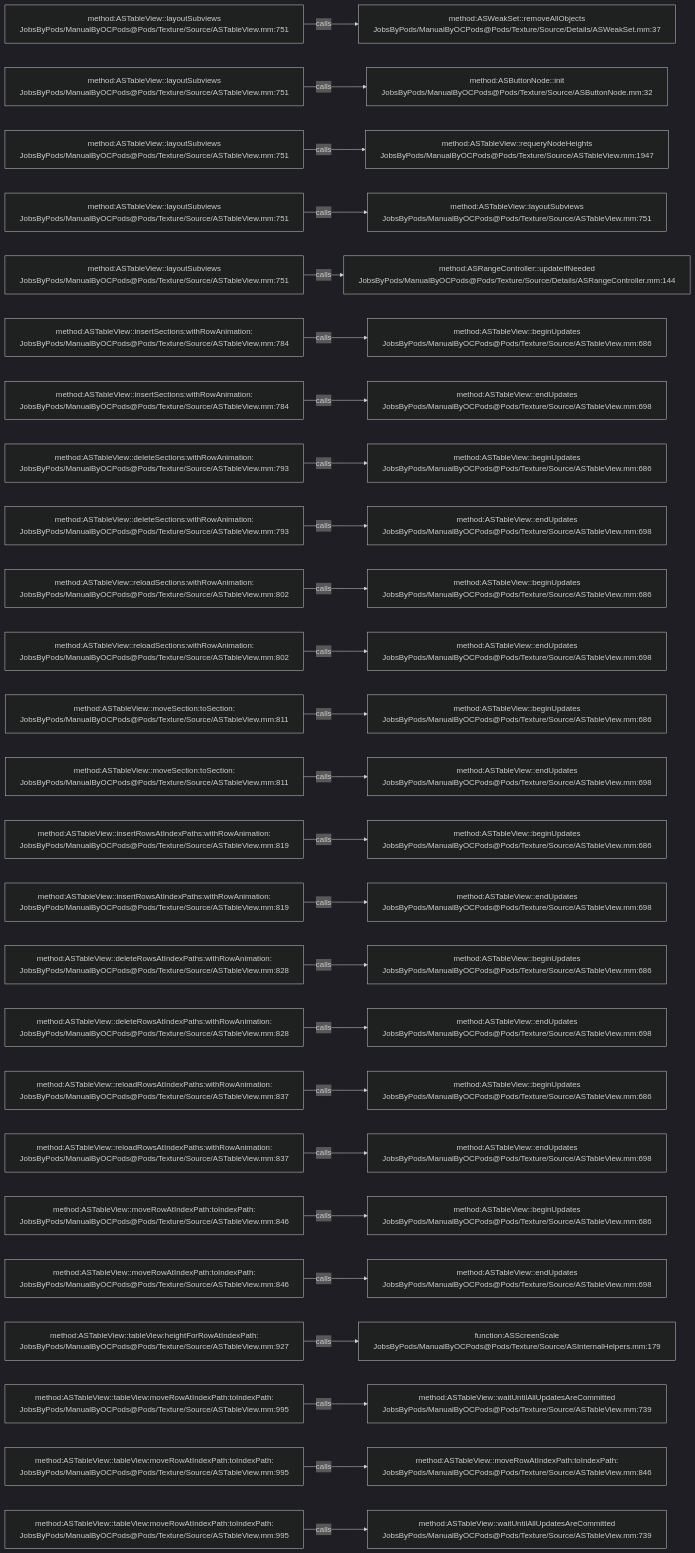
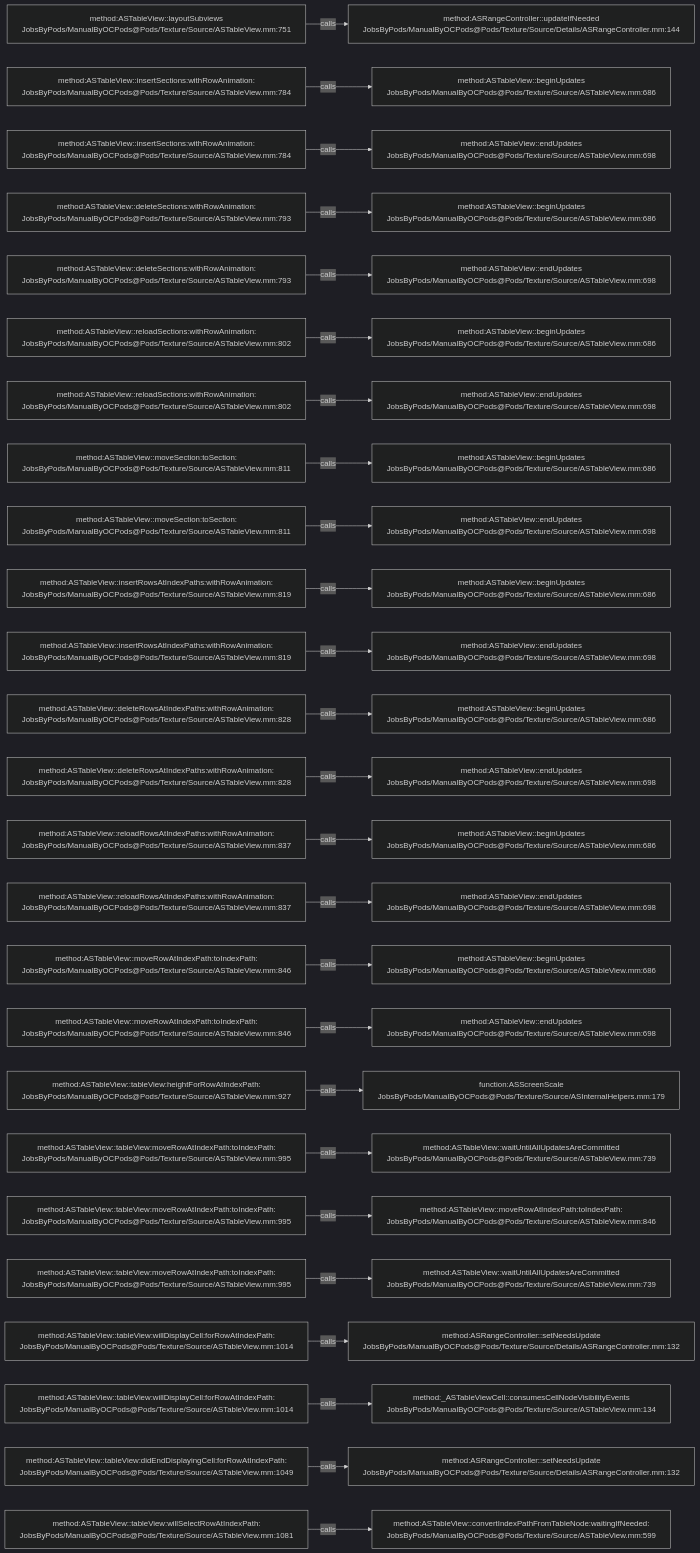
One commit to JobsKits/JobsOCBaseConfigDemo changed the diagram in .codegraph/codegraph.md/graphs/calls-126.md. Above: the diagram before and after it, drawn with Mermaid (dark theme). The commit also changed 727 other files, not shown here.

````diff
--- a/.codegraph/codegraph.md/graphs/calls-126.md
+++ b/.codegraph/codegraph.md/graphs/calls-126.md
@@ -13,78 +13,78 @@
 ```mermaid
 flowchart LR
   S1["method:ASTableView::layoutSubviews<br/>JobsByPods/ManualByOCPods@Pods/Texture/Source/ASTableView.mm:751"]
-  T1["method:ASWeakSet::removeAllObjects<br/>JobsByPods/ManualByOCPods@Pods/Texture/Source/Details/ASWeakSet.mm:37"]
+  T1["method:ASRangeController::updateIfNeeded<br/>JobsByPods/ManualByOCPods@Pods/Texture/Source/Details/ASRangeController.mm:144"]
   S1 -->|calls| T1
-  S2["method:ASTableView::layoutSubviews<br/>JobsByPods/ManualByOCPods@Pods/Texture/Source/ASTableView.mm:751"]
-  T2["method:ASButtonNode::init<br/>JobsByPods/ManualByOCPods@Pods/Texture/Source/ASButtonNode.mm:32"]
+  S2["method:ASTableView::insertSections:withRowAnimation:<br/>JobsByPods/ManualByOCPods@Pods/Texture/Source/ASTableView.mm:784"]
+  T2["method:ASTableView::beginUpdates<br/>JobsByPods/ManualByOCPods@Pods/Texture/Source/ASTableView.mm:686"]
   S2 -->|calls| T2
-  S3["method:ASTableView::layoutSubviews<br/>JobsByPods/ManualByOCPods@Pods/Texture/Source/ASTableView.mm:751"]
-  T3["method:ASTableView::requeryNodeHeights<br/>JobsByPods/ManualByOCPods@Pods/Texture/Source/ASTableView.mm:1947"]
+  S3["method:ASTableView::insertSections:withRowAnimation:<br/>JobsByPods/ManualByOCPods@Pods/Texture/Source/ASTableView.mm:784"]
+  T3["method:ASTableView::endUpdates<br/>JobsByPods/ManualByOCPods@Pods/Texture/Source/ASTableView.mm:698"]
   S3 -->|calls| T3
-  S4["method:ASTableView::layoutSubviews<br/>JobsByPods/ManualByOCPods@Pods/Texture/Source/ASTableView.mm:751"]
-  T4["method:ASTableView::layoutSubviews<br/>JobsByPods/ManualByOCPods@Pods/Texture/Source/ASTableView.mm:751"]
+  S4["method:ASTableView::deleteSections:withRowAnimation:<br/>JobsByPods/ManualByOCPods@Pods/Texture/Source/ASTableView.mm:793"]
+  T4["method:ASTableView::beginUpdates<br/>JobsByPods/ManualByOCPods@Pods/Texture/Source/ASTableView.mm:686"]
   S4 -->|calls| T4
-  S5["method:ASTableView::layoutSubviews<br/>JobsByPods/ManualByOCPods@Pods/Texture/Source/ASTableView.mm:751"]
-  T5["method:ASRangeController::updateIfNeeded<br/>JobsByPods/ManualByOCPods@Pods/Texture/Source/Details/ASRangeController.mm:144"]
+  S5["method:ASTableView::deleteSections:withRowAnimation:<br/>JobsByPods/ManualByOCPods@Pods/Texture/Source/ASTableView.mm:793"]
+  T5["method:ASTableView::endUpdates<br/>JobsByPods/ManualByOCPods@Pods/Texture/Source/ASTableView.mm:698"]
   S5 -->|calls| T5
-  S6["method:ASTableView::insertSections:withRowAnimation:<br/>JobsByPods/ManualByOCPods@Pods/Texture/Source/ASTableView.mm:784"]
+  S6["method:ASTableView::reloadSections:withRowAnimation:<br/>JobsByPods/ManualByOCPods@Pods/Texture/Source/ASTableView.mm:802"]
   T6["method:ASTableView::beginUpdates<br/>JobsByPods/ManualByOCPods@Pods/Texture/Source/ASTableView.mm:686"]
   S6 -->|calls| T6
-  S7["method:ASTableView::insertSections:withRowAnimation:<br/>JobsByPods/ManualByOCPods@Pods/Texture/Source/ASTableView.mm:784"]
+  S7["method:ASTableView::reloadSections:withRowAnimation:<br/>JobsByPods/ManualByOCPods@Pods/Texture/Source/ASTableView.mm:802"]
   T7["method:ASTableView::endUpdates<br/>JobsByPods/ManualByOCPods@Pods/Texture/Source/ASTableView.mm:698"]
   S7 -->|calls| T7
-  S8["method:ASTableView::deleteSections:withRowAnimation:<br/>JobsByPods/ManualByOCPods@Pods/Texture/Source/ASTableView.mm:793"]
+  S8["method:ASTableView::moveSection:toSection:<br/>JobsByPods/ManualByOCPods@Pods/Texture/Source/ASTableView.mm:811"]
   T8["method:ASTableView::beginUpdates<br/>JobsByPods/ManualByOCPods@Pods/Texture/Source/ASTableView.mm:686"]
   S8 -->|calls| T8
-  S9["method:ASTableView::deleteSections:withRowAnimation:<br/>JobsByPods/ManualByOCPods@Pods/Texture/Source/ASTableView.mm:793"]
+  S9["method:ASTableView::moveSection:toSection:<br/>JobsByPods/ManualByOCPods@Pods/Texture/Source/ASTableView.mm:811"]
   T9["method:ASTableView::endUpdates<br/>JobsByPods/ManualByOCPods@Pods/Texture/Source/ASTableView.mm:698"]
   S9 -->|calls| T9
-  S10["method:ASTableView::reloadSections:withRowAnimation:<br/>JobsByPods/ManualByOCPods@Pods/Texture/Source/ASTableView.mm:802"]
+  S10["method:ASTableView::insertRowsAtIndexPaths:withRowAnimation:<br/>JobsByPods/ManualByOCPods@Pods/Texture/Source/ASTableView.mm:819"]
   T10["method:ASTableView::beginUpdates<br/>JobsByPods/ManualByOCPods@Pods/Texture/Source/ASTableView.mm:686"]
   S10 -->|calls| T10
-  S11["method:ASTableView::reloadSections:withRowAnimation:<br/>JobsByPods/ManualByOCPods@Pods/Texture/Source/ASTableView.mm:802"]
+  S11["method:ASTableView::insertRowsAtIndexPaths:withRowAnimation:<br/>JobsByPods/ManualByOCPods@Pods/Texture/Source/ASTableView.mm:819"]
   T11["method:ASTableView::endUpdates<br/>JobsByPods/ManualByOCPods@Pods/Texture/Source/ASTableView.mm:698"]
   S11 -->|calls| T11
-  S12["method:ASTableView::moveSection:toSection:<br/>JobsByPods/ManualByOCPods@Pods/Texture/Source/ASTableView.mm:811"]
+  S12["method:ASTableView::deleteRowsAtIndexPaths:withRowAnimation:<br/>JobsByPods/ManualByOCPods@Pods/Texture/Source/ASTableView.mm:828"]
   T12["method:ASTableView::beginUpdates<br/>JobsByPods/ManualByOCPods@Pods/Texture/Source/ASTableView.mm:686"]
   S12 -->|calls| T12
-  S13["method:ASTableView::moveSection:toSection:<br/>JobsByPods/ManualByOCPods@Pods/Texture/Source/ASTableView.mm:811"]
+  S13["method:ASTableView::deleteRowsAtIndexPaths:withRowAnimation:<br/>JobsByPods/ManualByOCPods@Pods/Texture/Source/ASTableView.mm:828"]
   T13["method:ASTableView::endUpdates<br/>JobsByPods/ManualByOCPods@Pods/Texture/Source/ASTableView.mm:698"]
   S13 -->|calls| T13
-  S14["method:ASTableView::insertRowsAtIndexPaths:withRowAnimation:<br/>JobsByPods/ManualByOCPods@Pods/Texture/Source/ASTableView.mm:819"]
+  S14["method:ASTableView::reloadRowsAtIndexPaths:withRowAnimation:<br/>JobsByPods/ManualByOCPods@Pods/Texture/Source/ASTableView.mm:837"]
   T14["method:ASTableView::beginUpdates<br/>JobsByPods/ManualByOCPods@Pods/Texture/Source/ASTableView.mm:686"]
   S14 -->|calls| T14
-  S15["method:ASTableView::insertRowsAtIndexPaths:withRowAnimation:<br/>JobsByPods/ManualByOCPods@Pods/Texture/Source/ASTableView.mm:819"]
+  S15["method:ASTableView::reloadRowsAtIndexPaths:withRowAnimation:<br/>JobsByPods/ManualByOCPods@Pods/Texture/Source/ASTableView.mm:837"]
   T15["method:ASTableView::endUpdates<br/>JobsByPods/ManualByOCPods@Pods/Texture/Source/ASTableView.mm:698"]
   S15 -->|calls| T15
-  S16["method:ASTableView::deleteRowsAtIndexPaths:withRowAnimation:<br/>JobsByPods/ManualByOCPods@Pods/Texture/Source/ASTableView.mm:828"]
+  S16["method:ASTableView::moveRowAtIndexPath:toIndexPath:<br/>JobsByPods/ManualByOCPods@Pods/Texture/Source/ASTableView.mm:846"]
   T16["method:ASTableView::beginUpdates<br/>JobsByPods/ManualByOCPods@Pods/Texture/Source/ASTableView.mm:686"]
   S16 -->|calls| T16
-  S17["method:ASTableView::deleteRowsAtIndexPaths:withRowAnimation:<br/>JobsByPods/ManualByOCPods@Pods/Texture/Source/ASTableView.mm:828"]
+  S17["method:ASTableView::moveRowAtIndexPath:toIndexPath:<br/>JobsByPods/ManualByOCPods@Pods/Texture/Source/ASTableView.mm:846"]
   T17["method:ASTableView::endUpdates<br/>JobsByPods/ManualByOCPods@Pods/Texture/Source/ASTableView.mm:698"]
   S17 -->|calls| T17
-  S18["method:ASTableView::reloadRowsAtIndexPaths:withRowAnimation:<br/>JobsByPods/ManualByOCPods@Pods/Texture/Source/ASTableView.mm:837"]
-  T18["method:ASTableView::beginUpdates<br/>JobsByPods/ManualByOCPods@Pods/Texture/Source/ASTableView.mm:686"]
+  S18["method:ASTableView::tableView:heightForRowAtIndexPath:<br/>JobsByPods/ManualByOCPods@Pods/Texture/Source/ASTableView.mm:927"]
+  T18["function:ASScreenScale<br/>JobsByPods/ManualByOCPods@Pods/Texture/Source/ASInternalHelpers.mm:179"]
   S18 -->|calls| T18
-  S19["method:ASTableView::reloadRowsAtIndexPaths:withRowAnimation:<br/>JobsByPods/ManualByOCPods@Pods/Texture/Source/ASTableView.mm:837"]
-  T19["method:ASTableView::endUpdates<br/>JobsByPods/ManualByOCPods@Pods/Texture/Source/ASTableView.mm:698"]
+  S19["method:ASTableView::tableView:moveRowAtIndexPath:toIndexPath:<br/>JobsByPods/ManualByOCPods@Pods/Texture/Source/ASTableView.mm:995"]
+  T19["method:ASTableView::waitUntilAllUpdatesAreCommitted<br/>JobsByPods/ManualByOCPods@Pods/Texture/Source/ASTableView.mm:739"]
   S19 -->|calls| T19
-  S20["method:ASTableView::moveRowAtIndexPath:toIndexPath:<br/>JobsByPods/ManualByOCPods@Pods/Texture/Source/ASTableView.mm:846"]
-  T20["method:ASTableView::beginUpdates<br/>JobsByPods/ManualByOCPods@Pods/Texture/Source/ASTableView.mm:686"]
+  S20["method:ASTableView::tableView:moveRowAtIndexPath:toIndexPath:<br/>JobsByPods/ManualByOCPods@Pods/Texture/Source/ASTableView.mm:995"]
+  T20["method:ASTableView::moveRowAtIndexPath:toIndexPath:<br/>JobsByPods/ManualByOCPods@Pods/Texture/Source/ASTableView.mm:846"]
   S20 -->|calls| T20
-  S21["method:ASTableView::moveRowAtIndexPath:toIndexPath:<br/>JobsByPods/ManualByOCPods@Pods/Texture/Source/ASTableView.mm:846"]
-  T21["method:ASTableView::endUpdates<br/>JobsByPods/ManualByOCPods@Pods/Texture/Source/ASTableView.mm:698"]
+  S21["method:ASTableView::tableView:moveRowAtIndexPath:toIndexPath:<br/>JobsByPods/ManualByOCPods@Pods/Texture/Source/ASTableView.mm:995"]
+  T21["method:ASTableView::waitUntilAllUpdatesAreCommitted<br/>JobsByPods/ManualByOCPods@Pods/Texture/Source/ASTableView.mm:739"]
   S21 -->|calls| T21
-  S22["method:ASTableView::tableView:heightForRowAtIndexPath:<br/>JobsByPods/ManualByOCPods@Pods/Texture/Source/ASTableView.mm:927"]
-  T22["function:ASScreenScale<br/>JobsByPods/ManualByOCPods@Pods/Texture/Source/ASInternalHelpers.mm:179"]
+  S22["method:ASTableView::tableView:willDisplayCell:forRowAtIndexPath:<br/>JobsByPods/ManualByOCPods@Pods/Texture/Source/ASTableView.mm:1014"]
+  T22["method:ASRangeController::setNeedsUpdate<br/>JobsByPods/ManualByOCPods@Pods/Texture/Source/Details/ASRangeController.mm:132"]
   S22 -->|calls| T22
-  S23["method:ASTableView::tableView:moveRowAtIndexPath:toIndexPath:<br/>JobsByPods/ManualByOCPods@Pods/Texture/Source/ASTableView.mm:995"]
-  T23["method:ASTableView::waitUntilAllUpdatesAreCommitted<br/>JobsByPods/ManualByOCPods@Pods/Texture/Source/ASTableView.mm:739"]
+  S23["method:ASTableView::tableView:willDisplayCell:forRowAtIndexPath:<br/>JobsByPods/ManualByOCPods@Pods/Texture/Source/ASTableView.mm:1014"]
+  T23["method:_ASTableViewCell::consumesCellNodeVisibilityEvents<br/>JobsByPods/ManualByOCPods@Pods/Texture/Source/ASTableView.mm:134"]
   S23 -->|calls| T23
-  S24["method:ASTableView::tableView:moveRowAtIndexPath:toIndexPath:<br/>JobsByPods/ManualByOCPods@Pods/Texture/Source/ASTableView.mm:995"]
-  T24["method:ASTableView::moveRowAtIndexPath:toIndexPath:<br/>JobsByPods/ManualByOCPods@Pods/Texture/Source/ASTableView.mm:846"]
+  S24["method:ASTableView::tableView:didEndDisplayingCell:forRowAtIndexPath:<br/>JobsByPods/ManualByOCPods@Pods/Texture/Source/ASTableView.mm:1049"]
+  T24["method:ASRangeController::setNeedsUpdate<br/>JobsByPods/ManualByOCPods@Pods/Texture/Source/Details/ASRangeController.mm:132"]
   S24 -->|calls| T24
-  S25["method:ASTableView::tableView:moveRowAtIndexPath:toIndexPath:<br/>JobsByPods/ManualByOCPods@Pods/Texture/Source/ASTableView.mm:995"]
-  T25["method:ASTableView::waitUntilAllUpdatesAreCommitted<br/>JobsByPods/ManualByOCPods@Pods/Texture/Source/ASTableView.mm:739"]
+  S25["method:ASTableView::tableView:willSelectRowAtIndexPath:<br/>JobsByPods/ManualByOCPods@Pods/Texture/Source/ASTableView.mm:1081"]
+  T25["method:ASTableView::convertIndexPathFromTableNode:waitingIfNeeded:<br/>JobsByPods/ManualByOCPods@Pods/Texture/Source/ASTableView.mm:599"]
   S25 -->|calls| T25
 ```
````
